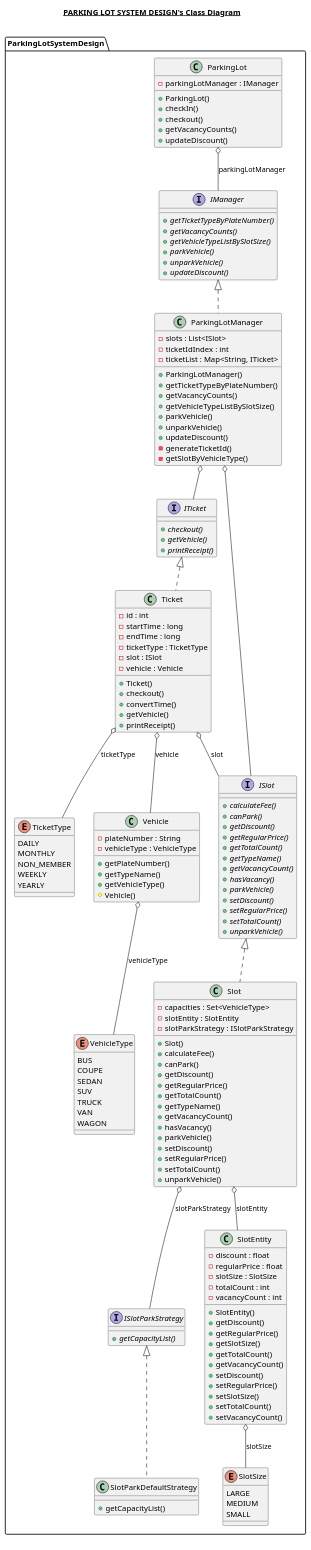
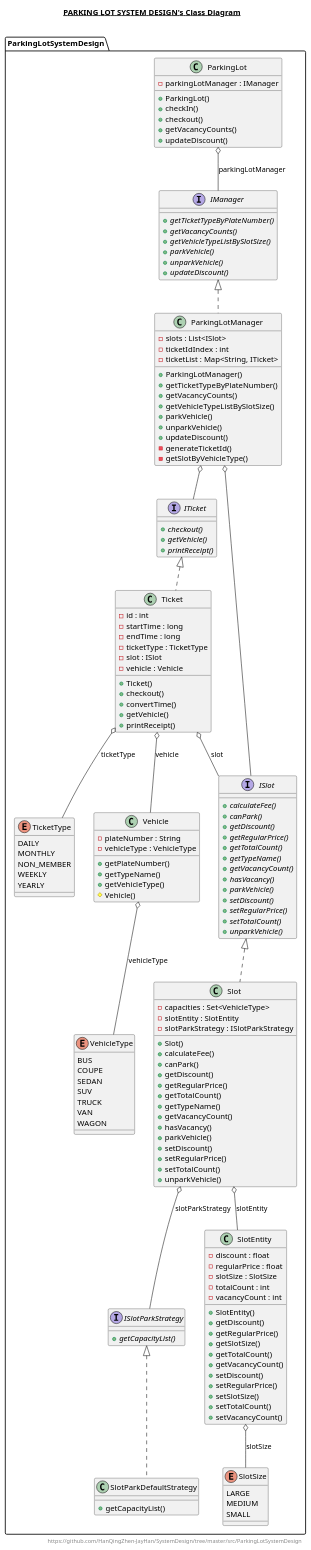
Before and after one commit to HanQingZhen-JayHan/SystemDesign: the diagram in src/ParkingLotSystemDesign/ParkingLotSystemDesign.plantuml, drawn with PlantUML. The commit also changed 3 other files, not shown here.

Commit message:
update parking lot

```diff
--- a/src/ParkingLotSystemDesign/ParkingLotSystemDesign.plantuml
+++ b/src/ParkingLotSystemDesign/ParkingLotSystemDesign.plantuml
@@ -210,7 +210,7 @@
 
 
 right footer
-
+https://github.com/HanQingZhen-JayHan/SystemDesign/tree/master/src/ParkingLotSystemDesign
 endfooter
 
 @enduml
```
